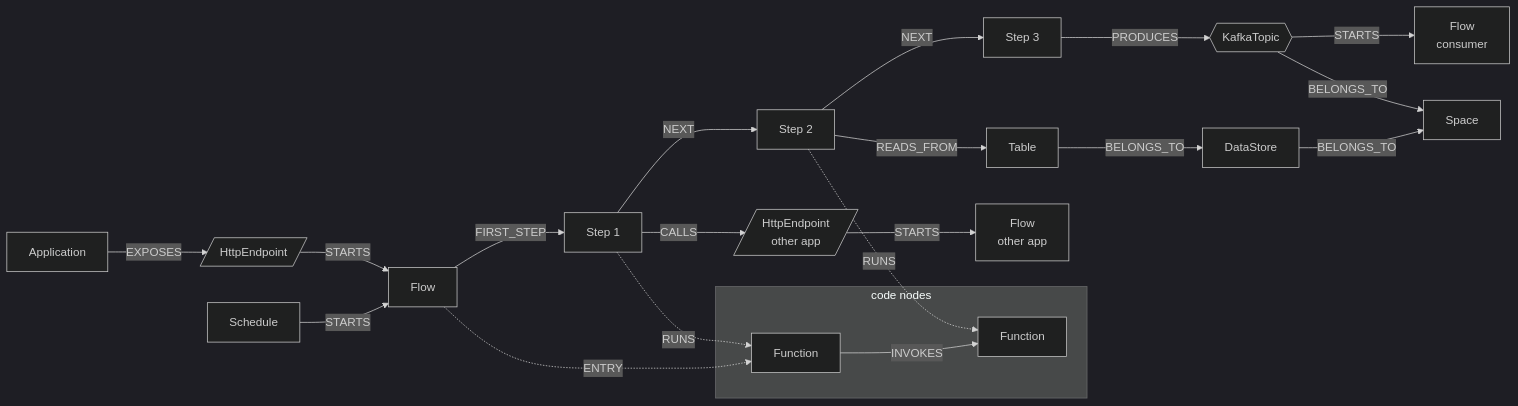
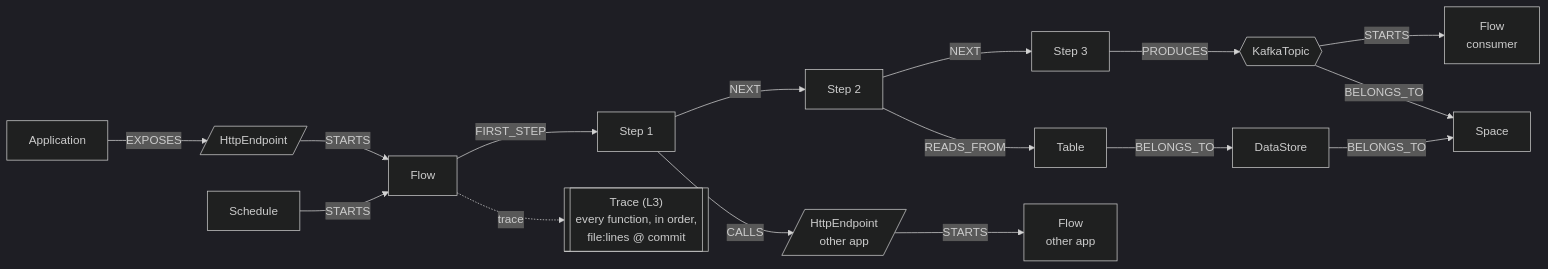
One commit to KBavis/steno changed the fifth of 8 diagrams in docs/DESIGN_DOC.md. Above: the diagram before and after it, drawn with Mermaid (dark theme). The commit also changed other lines of this file and 35 other files, not shown here.

Commit message:
feat: store flow traces instead of Function nodes; nightly ingestion

````diff
--- a/docs/DESIGN_DOC.md
+++ b/docs/DESIGN_DOC.md
@@ -196,23 +198,18 @@
 ```mermaid
 flowchart LR
     APP[Application] -- EXPOSES --> EP[/HttpEndpoint/]
     SCH[Schedule] -- STARTS --> FL
     EP -- STARTS --> FL[Flow]
     FL -- FIRST_STEP --> S1[Step 1]
     S1 -- NEXT --> S2[Step 2]
     S2 -- NEXT --> S3[Step 3]
     S1 -- CALLS --> EP2[/HttpEndpoint<br/>other app/]
     EP2 -- STARTS --> FL3[Flow<br/>other app]
     S2 -- READS_FROM --> TB[Table]
     S3 -- PRODUCES --> T{{KafkaTopic}}
     T -- STARTS --> FL2[Flow<br/>consumer]
     TB -- BELONGS_TO --> DS[DataStore]
     DS -- BELONGS_TO --> SP[Space]
     T -- BELONGS_TO --> SP
-    subgraph code [code nodes]
-      FN1[Function] -- INVOKES --> FN2[Function]
-    end
-    FL -. ENTRY .-> FN1
-    S1 -. RUNS .-> FN1
-    S2 -. RUNS .-> FN2
+    FL -. trace .-> TR[["Trace (L3)<br/>every function, in order,<br/>file:lines @ commit"]]
 ```
````
